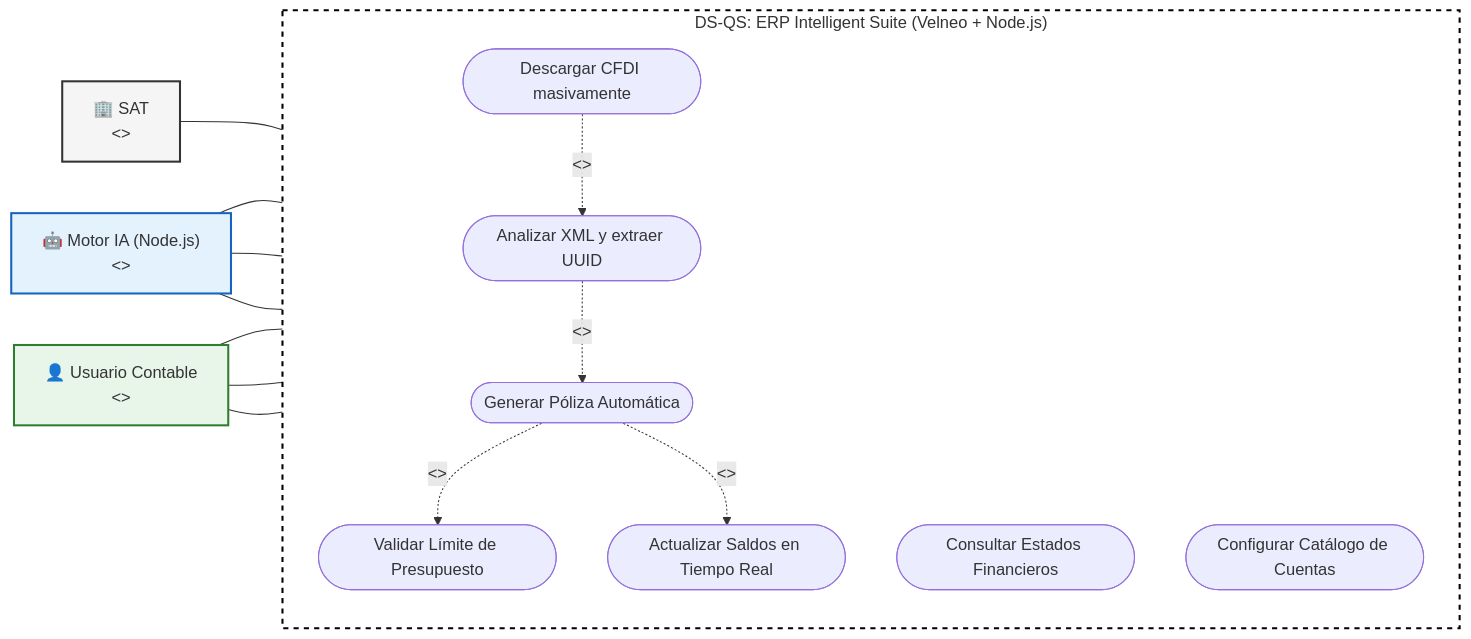
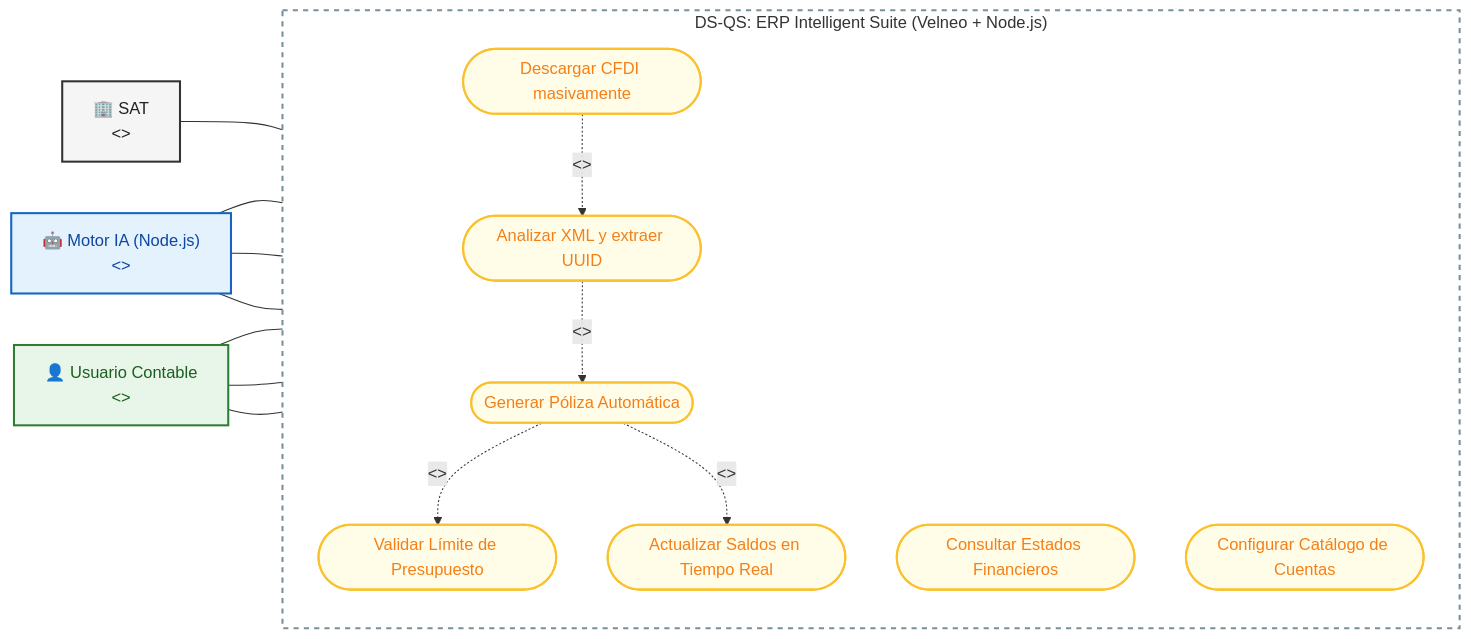
One commit to arturomiranda/ds-qs changed the first of 3 diagrams in data/2. Contabilidad/DIAGRAMA CONTABILIDAD DATTA ERP.md. Above: the diagram before and after it, drawn with Mermaid. The commit also changed other lines of this file, not shown here.

Commit message:
MEJORAS EN EL COLOR DE LOS DIAGRAMAS

````diff
--- a/data/2. Contabilidad/DIAGRAMA CONTABILIDAD DATTA ERP.md
+++ b/data/2. Contabilidad/DIAGRAMA CONTABILIDAD DATTA ERP.md
@@ -3,41 +3,47 @@
 ```mermaid
 flowchart LR
-    %% Definición de Actores
-    SAT["🏢 SAT\n<<Actor Externo>>"]
-    IA["🤖 Motor IA (Node.js)\n<<Actor de Sistema>>"]
-    USUARIO["👤 Usuario Contable\n<<Actor Humano>>"]
+    %% Definición de Actores con sus respectivas clases ajustadas
+    SAT["🏢 SAT\n<<Actor Externo>>"]:::actorExt
+    IA["🤖 Motor IA (Node.js)\n<<Actor de Sistema>>"]:::actorSys
+    USUARIO["👤 Usuario Contable\n<<Actor Humano>>"]:::actorHum
 
     %% Límite del Sistema (System Boundary)
     subgraph DSQS ["DS-QS: ERP Intelligent Suite (Velneo + Node.js)"]
         direction TB
-        UC1(["Descargar CFDI masivamente"])
-        UC2(["Analizar XML y extraer UUID"])
-        UC3(["Generar Póliza Automática"])
-        UC4(["Validar Límite de Presupuesto"])
-        UC5(["Actualizar Saldos en Tiempo Real"])
-        UC6(["Consultar Estados Financieros"])
-        UC7(["Configurar Catálogo de Cuentas"])
+        UC1(["Descargar CFDI masivamente"]):::usecase
+        UC2(["Analizar XML y extraer UUID"]):::usecase
+        UC3(["Generar Póliza Automática"]):::usecase
+        UC4(["Validar Límite de Presupuesto"]):::usecase
+        UC5(["Actualizar Saldos en Tiempo Real"]):::usecase
+        UC6(["Consultar Estados Financieros"]):::usecase
+        UC7(["Configurar Catálogo de Cuentas"]):::usecase
     end
 
     %% Asociaciones Principales (Actores interactuando con Casos de Uso)
     SAT --- UC1
     IA --- UC1
     IA --- UC2
     IA --- UC3
-    
+
     USUARIO --- UC6
     USUARIO --- UC7
     USUARIO --- UC3
 
     %% Relaciones UML de Dependencia (Includes)
     UC1 -. "<<include>>\n" .-> UC2
     UC2 -. "<<include>>\n" .-> UC3
     UC3 -. "<<include>>\n" .-> UC4
     UC3 -. "<<include>>\n" .-> UC5
-    
-    %% Estilos para respetar la estética UML
-    style SAT fill:#f5f5f5,stroke:#333,stroke-width:2px
-    style IA fill:#e3f2fd,stroke:#1565c0,stroke-width:2px
-    style USUARIO fill:#e8f5e9,stroke:#2e7d32,stroke-width:2px
-    style DSQS fill:#ffffff,stroke:#000000,stroke-width:2px,stroke-dasharray: 5 5
+
+    %% --- SECCIÓN DE ESTILOS ADAPTATIVOS MULTI-TEMA ---
+    %% Forzamos 'color' oscuro en los nodos para evitar que GitHub vuelva las letras blancas
+    classDef actorExt fill:#f5f5f5,stroke:#333333,stroke-width:2px,color:#212121
+    classDef actorSys fill:#e3f2fd,stroke:#1565c0,stroke-width:2px,color:#0d47a1
+    classDef actorHum fill:#e8f5e9,stroke:#2e7d32,stroke-width:2px,color:#1b5e20
+
+    %% Estilo unificado para los Casos de Uso (estética UML limpia)
+    classDef usecase fill:#fffde7,stroke:#fbc02d,stroke-width:2px,color:#f57f17
+
+    %% El contenedor ahora es transparente (fill:none) y el borde es gris neutro para resaltar en negro y blanco
+    style DSQS fill:none,stroke:#78909c,stroke-width:2px,stroke-dasharray: 5 5
 ```
````
